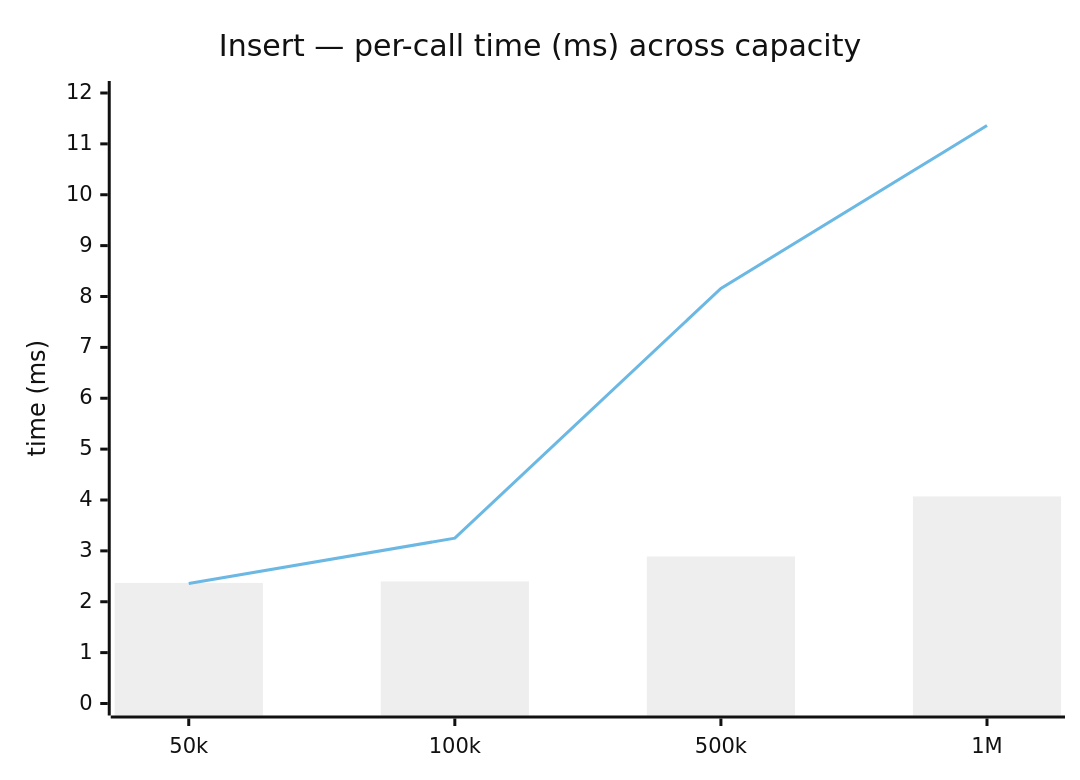
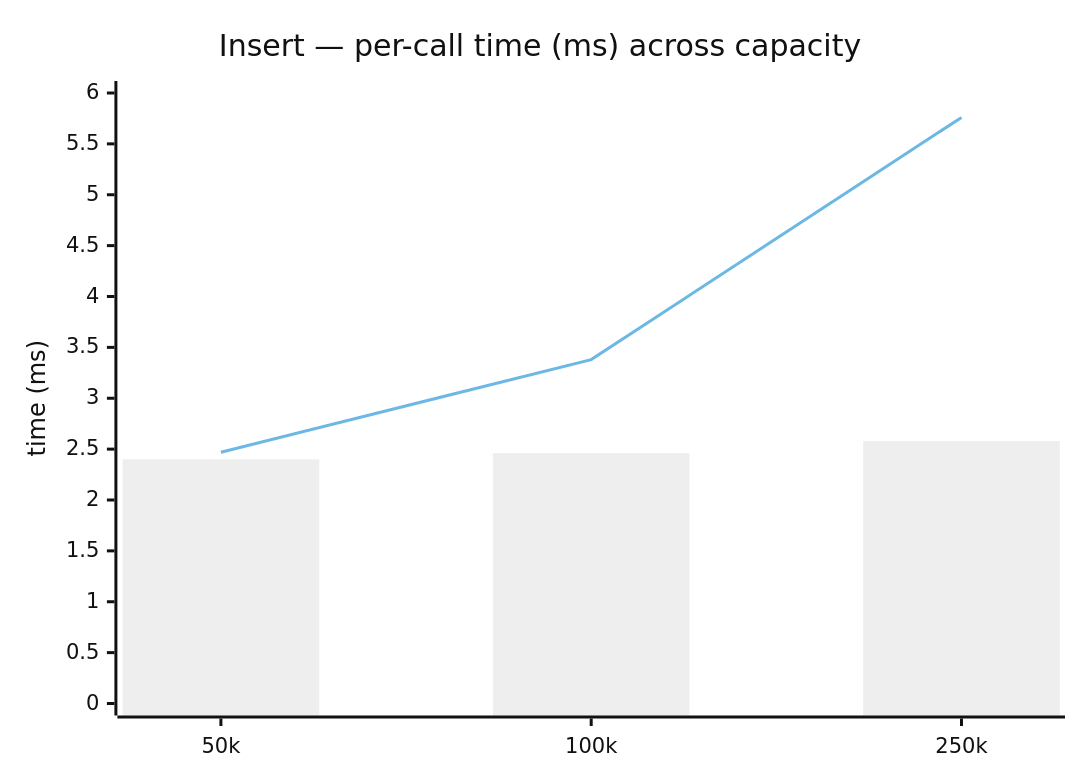
One commit to dch4o/copse changed the diagram in docs/benchmark/insert.md. Above: the diagram before and after it, drawn with Mermaid (neutral theme). The commit also changed other lines of this file and 26 other files, not shown here.

````diff
--- a/docs/benchmark/insert.md
+++ b/docs/benchmark/insert.md
@@ -42,8 +40,8 @@
 ```mermaid
 xychart-beta
     title "Insert — per-call time (ms) across capacity"
-    x-axis [50k, 100k, 500k, 1M]
-    y-axis "time (ms)" 0 --> 12
-    bar [2.37, 2.40, 2.89, 4.07]
-    line [2.36, 3.25, 8.16, 11.36]
+    x-axis [50k, 100k, 250k]
+    y-axis "time (ms)" 0 --> 6
+    bar [2.40, 2.46, 2.58]
+    line [2.47, 3.38, 5.76]
 ```
````
